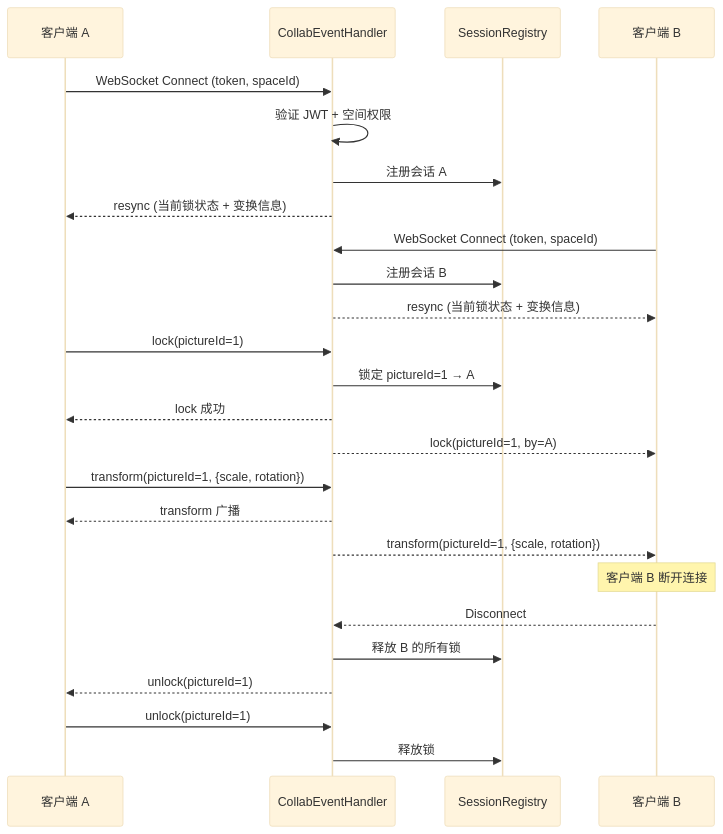
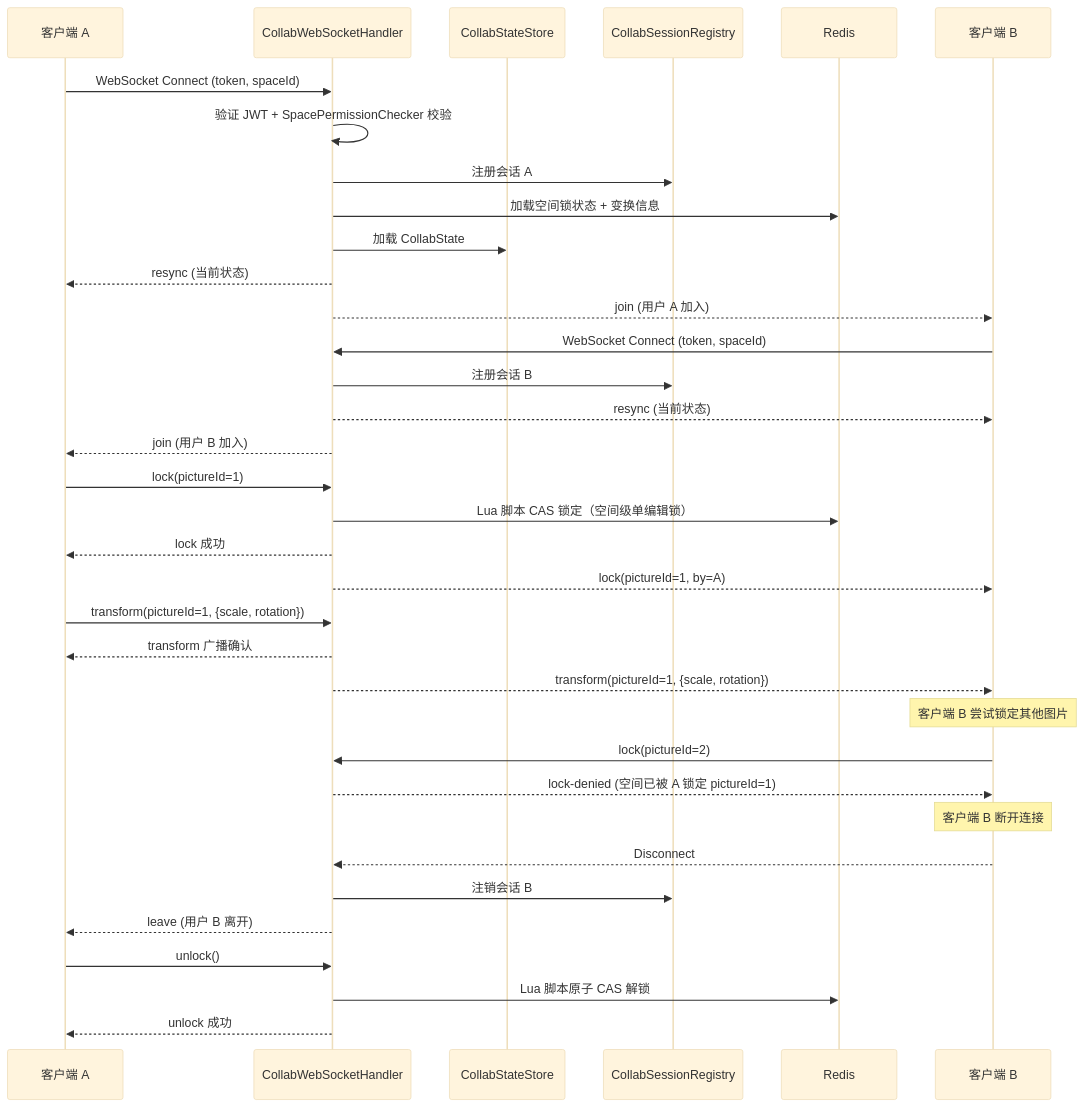
One commit to FishDuM/AI.Image.Material.Collaboration.Platform changed the seventh of 8 diagrams in model/uml_diagrams.md. Above: the diagram before and after it, drawn with Mermaid (base theme). The commit also changed other lines of this file and 2 other files, not shown here.

````diff
--- a/model/uml_diagrams.md
+++ b/model/uml_diagrams.md
@@ -616,33 +686,44 @@
 ```mermaid
 sequenceDiagram
     participant A as 客户端 A
-    participant WS as CollabEventHandler
-    participant R as SessionRegistry
+    participant WS as CollabWebSocketHandler
+    participant CS as CollabStateStore
+    participant R as CollabSessionRegistry
+    participant Redis as Redis
     participant B as 客户端 B
 
     A->>WS: WebSocket Connect (token, spaceId)
-    WS->>WS: 验证 JWT + 空间权限
+    WS->>WS: 验证 JWT + SpacePermissionChecker 校验
     WS->>R: 注册会话 A
-    WS-->>A: resync (当前锁状态 + 变换信息)
+    WS->>Redis: 加载空间锁状态 + 变换信息
+    WS->>CS: 加载 CollabState
+    WS-->>A: resync (当前状态)
+    WS-->>B: join (用户 A 加入)
 
     B->>WS: WebSocket Connect (token, spaceId)
     WS->>R: 注册会话 B
-    WS-->>B: resync (当前锁状态 + 变换信息)
+    WS-->>B: resync (当前状态)
+    WS-->>A: join (用户 B 加入)
 
     A->>WS: lock(pictureId=1)
-    WS->>R: 锁定 pictureId=1 → A
+    WS->>Redis: Lua 脚本 CAS 锁定（空间级单编辑锁）
     WS-->>A: lock 成功
     WS-->>B: lock(pictureId=1, by=A)
 
     A->>WS: transform(pictureId=1, {scale, rotation})
-    WS-->>A: transform 广播
+    WS-->>A: transform 广播确认
     WS-->>B: transform(pictureId=1, {scale, rotation})
+
+    Note over B: 客户端 B 尝试锁定其他图片
+    B->>WS: lock(pictureId=2)
+    WS-->>B: lock-denied (空间已被 A 锁定 pictureId=1)
 
     Note over B: 客户端 B 断开连接
     B-->>WS: Disconnect
-    WS->>R: 释放 B 的所有锁
-    WS-->>A: unlock(pictureId=1)
+    WS->>R: 注销会话 B
+    WS-->>A: leave (用户 B 离开)
 
-    A->>WS: unlock(pictureId=1)
-    WS->>R: 释放锁
+    A->>WS: unlock()
+    WS->>Redis: Lua 脚本原子 CAS 解锁
+    WS-->>A: unlock 成功
 ```
````
